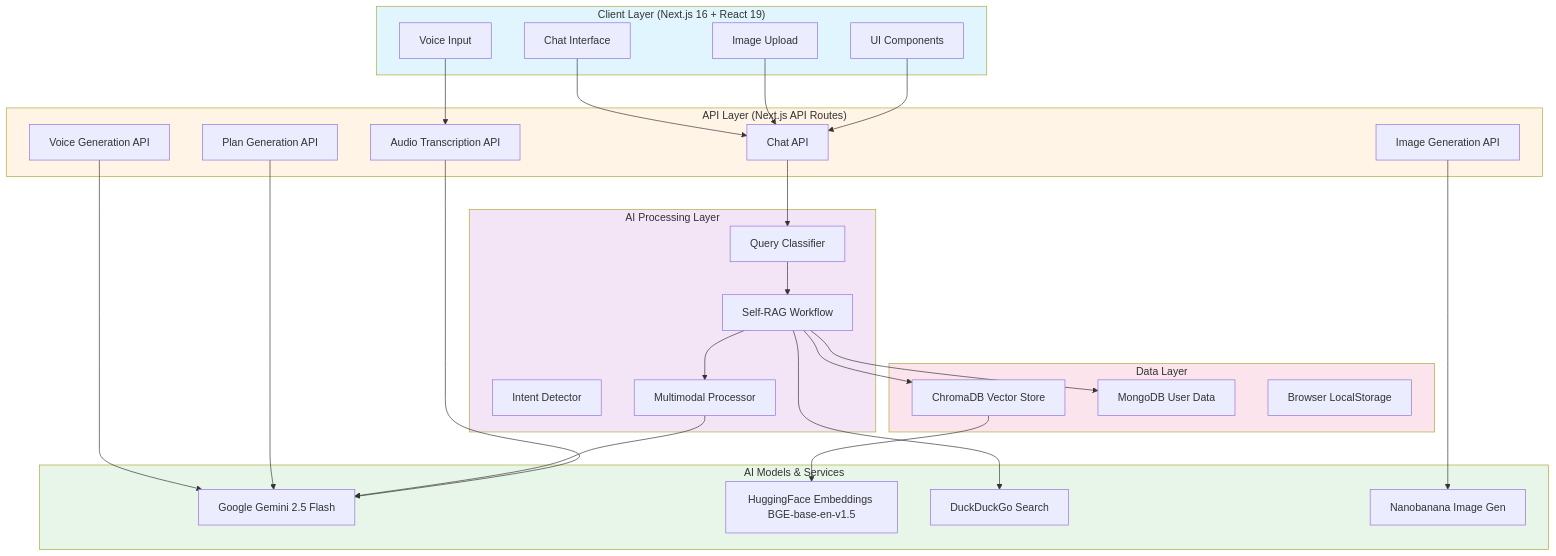
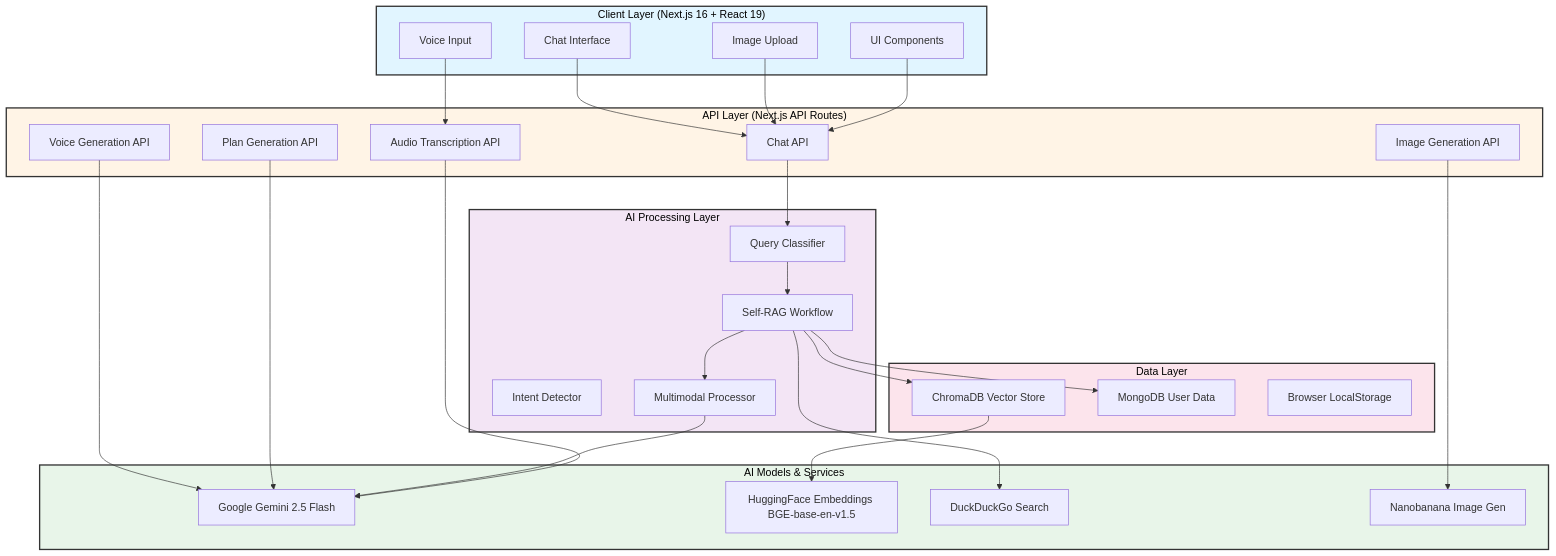
Before and after one commit to NEhIL06/zenfit: the first of 6 diagrams in README.md, drawn with Mermaid. The commit also changed other lines of this file, not shown here.

Commit message:
docs: add borders and text colors to Mermaid diagram styles in README.

````diff
--- a/README.md
+++ b/README.md
@@ -45,64 +45,64 @@
 ```mermaid
 graph TB
     subgraph Client["Client Layer (Next.js 16 + React 19)"]
         UI[UI Components]
         Voice[Voice Input]
         Image[Image Upload]
         Chat[Chat Interface]
     end
 
     subgraph API["API Layer (Next.js API Routes)"]
         ChatAPI["Chat API"]
         PlanAPI["Plan Generation API"]
         ImageAPI["Image Generation API"]
         TranscribeAPI["Audio Transcription API"]
         VoiceAPI["Voice Generation API"]
     end
 
     subgraph AILayer["AI Processing Layer"]
         SelfRAG[Self-RAG Workflow]
         Classifier[Query Classifier]
         IntentDetector[Intent Detector]
         Multimodal[Multimodal Processor]
     end
 
     subgraph Models["AI Models & Services"]
         Gemini[Google Gemini 2.5 Flash]
         HF[HuggingFace Embeddings BGE-base-en-v1.5]
         DDG[DuckDuckGo Search]
         Nanobanana[Nanobanana Image Gen]
     end
 
     subgraph DataLayer["Data Layer"]
         Chroma[ChromaDB Vector Store]
         MongoDB[MongoDB User Data]
         LocalStorage[Browser LocalStorage]
     end
 
     UI --> ChatAPI
     Voice --> TranscribeAPI
     Image --> ChatAPI
     Chat --> ChatAPI
 
     ChatAPI --> Classifier
     Classifier --> SelfRAG
     SelfRAG --> Multimodal
     
     TranscribeAPI --> Gemini
     ImageAPI --> Nanobanana
     
     SelfRAG --> Chroma
     SelfRAG --> MongoDB
     SelfRAG --> DDG
     Multimodal --> Gemini
     
     Chroma --> HF
     PlanAPI --> Gemini
     VoiceAPI --> Gemini
 
-    style Client fill:#e1f5ff
-    style API fill:#fff4e6
-    style AILayer fill:#f3e5f5
-    style Models fill:#e8f5e9
-    style DataLayer fill:#fce4ec
+    style Client fill:#e1f5ff,stroke:#333,stroke-width:2px,color:#000000
+    style API fill:#fff4e6,stroke:#333,stroke-width:2px,color:#000000
+    style AILayer fill:#f3e5f5,stroke:#333,stroke-width:2px,color:#000000
+    style Models fill:#e8f5e9,stroke:#333,stroke-width:2px,color:#000000
+    style DataLayer fill:#fce4ec,stroke:#333,stroke-width:2px,color:#000000
 ```
````
